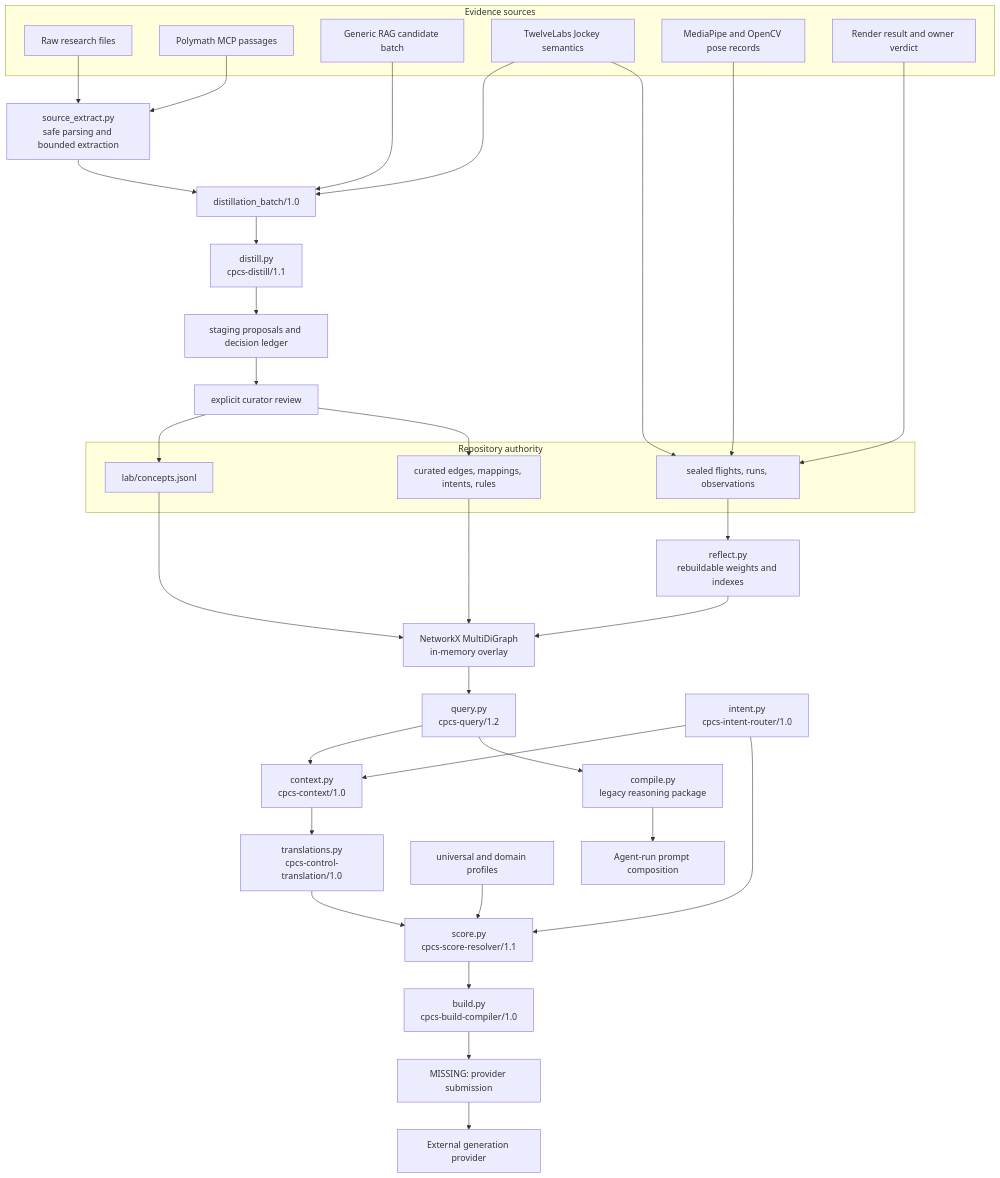
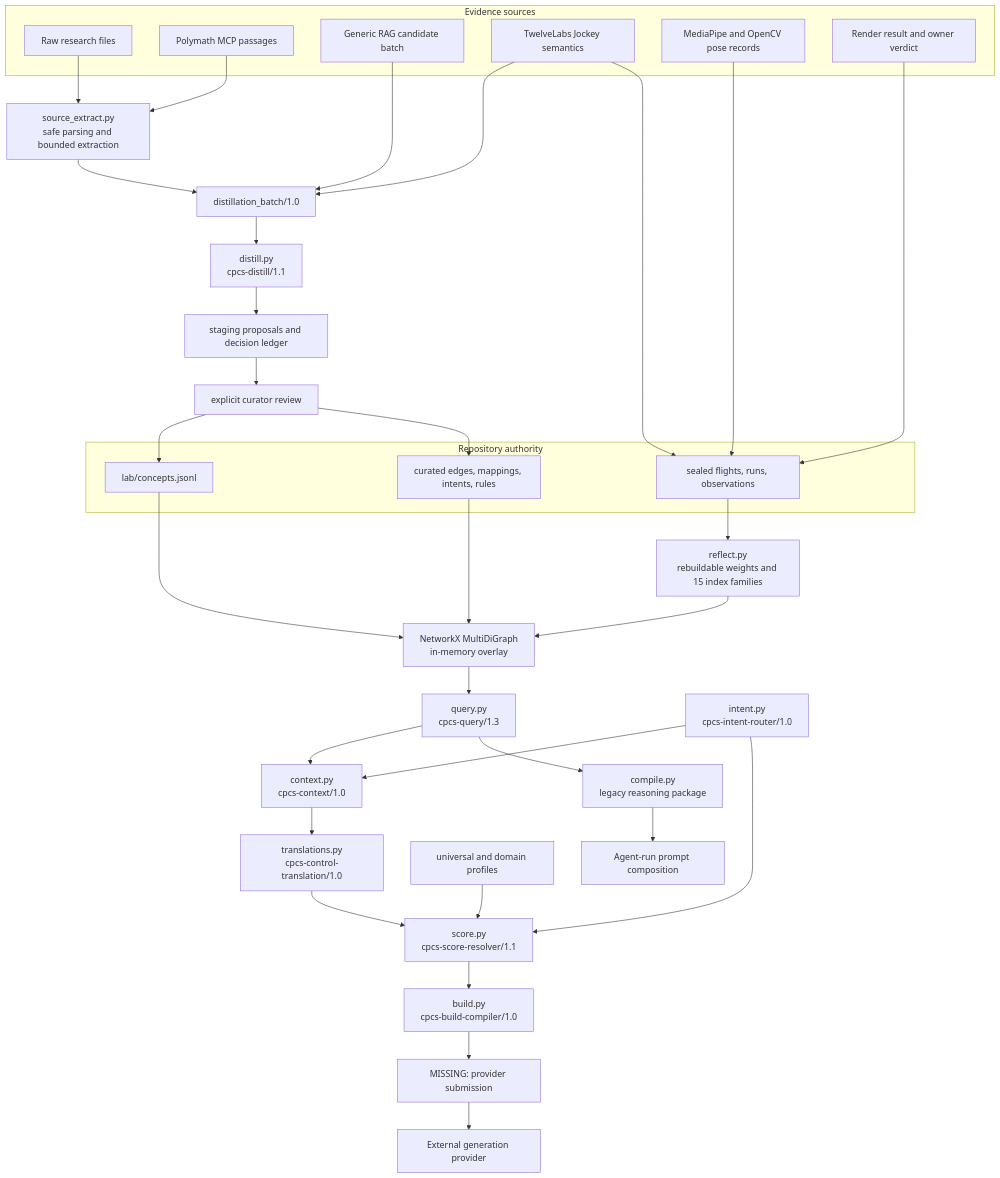
One commit to Kingsley-Cyber/ai-video-movement-prompt-system changed the second of 3 diagrams in ARCHITECTURE.md. Above: the diagram before and after it, drawn with Mermaid. The commit also changed other lines of this file and 36 other files, not shown here.

````diff
--- a/ARCHITECTURE.md
+++ b/ARCHITECTURE.md
@@ -478,59 +500,59 @@
 ```mermaid
 flowchart TB
     subgraph Sources["Evidence sources"]
         Raw["Raw research files"]
         Poly["Polymath MCP passages"]
         Generic["Generic RAG candidate batch"]
         Jockey["TwelveLabs Jockey semantics"]
         Pose["MediaPipe and OpenCV pose records"]
         Verdict["Render result and owner verdict"]
     end
 
     SourceExtract["source_extract.py\nsafe parsing and bounded extraction"]
     Batch["distillation_batch/1.0"]
     Distill["distill.py\ncpcs-distill/1.1"]
     Staging["staging proposals and decision ledger"]
     Review["explicit curator review"]
 
     subgraph Authority["Repository authority"]
         Concepts["lab/concepts.jsonl"]
         Curated["curated edges, mappings, intents, rules"]
         Immutable["sealed flights, runs, observations"]
     end
 
-    Reflect["reflect.py\nrebuildable weights and indexes"]
+    Reflect["reflect.py\nrebuildable weights and 15 index families"]
     Graph["NetworkX MultiDiGraph\nin-memory overlay"]
-    Query["query.py\ncpcs-query/1.2"]
+    Query["query.py\ncpcs-query/1.3"]
     Context["context.py\ncpcs-context/1.0"]
     Intent["intent.py\ncpcs-intent-router/1.0"]
     Translate["translations.py\ncpcs-control-translation/1.0"]
     Profiles["universal and domain profiles"]
     Score["score.py\ncpcs-score-resolver/1.1"]
     Compile["compile.py\nlegacy reasoning package"]
     Build["build.py\ncpcs-build-compiler/1.0"]
     MissingSubmit["MISSING: provider submission"]
     ManualPrompt["Agent-run prompt composition"]
     Provider["External generation provider"]
 
     Raw --> SourceExtract --> Batch
     Poly --> SourceExtract
     Generic --> Batch
     Jockey --> Batch
     Batch --> Distill --> Staging --> Review
     Review --> Concepts
     Review --> Curated
     Jockey --> Immutable
     Pose --> Immutable
     Verdict --> Immutable
     Immutable --> Reflect
     Reflect --> Graph
     Concepts --> Graph
     Curated --> Graph
     Graph --> Query --> Context
     Intent --> Context
     Intent --> Score
     Context --> Translate --> Score
     Profiles --> Score
     Score --> Build --> MissingSubmit --> Provider
     Query --> Compile --> ManualPrompt
 ```
````
